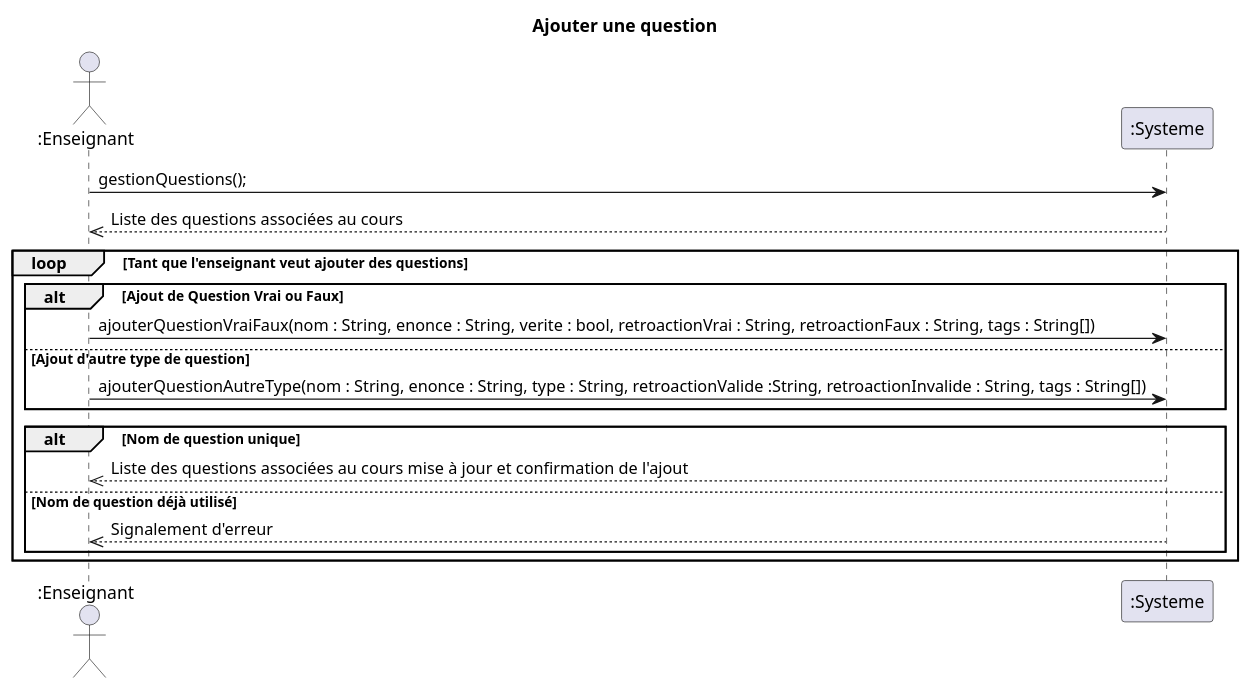
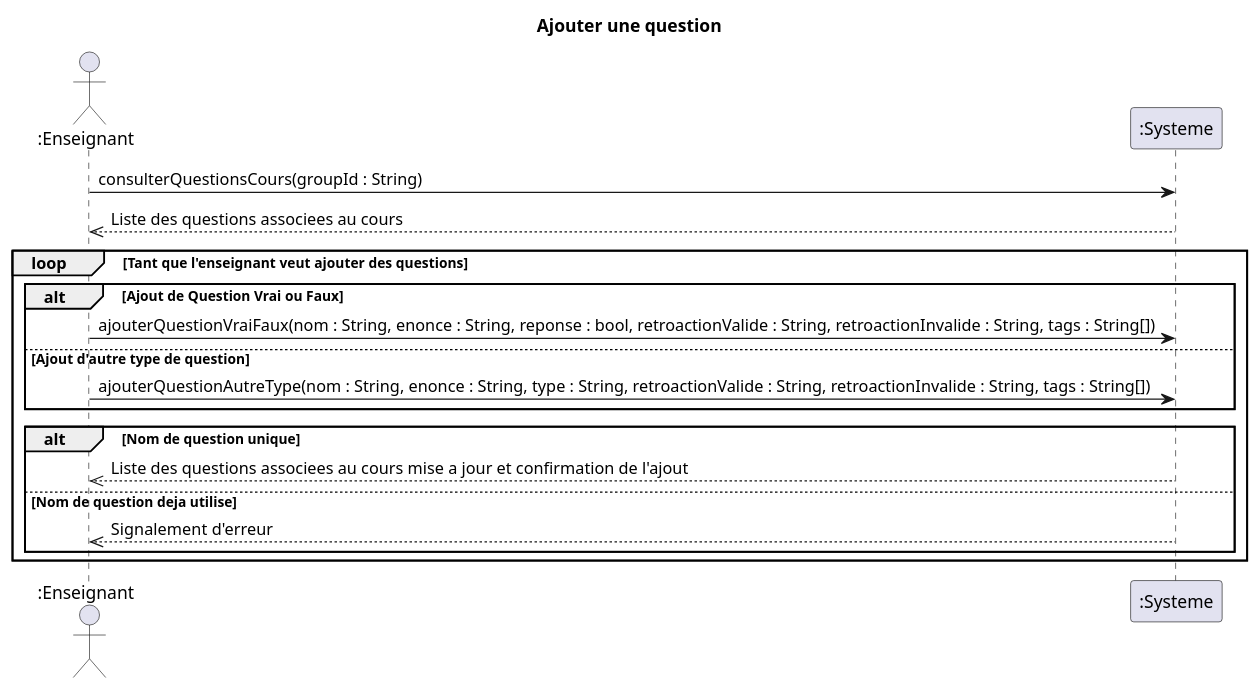
The diagram in docs/modeles/cu02/dss-ajouter-question.puml (xMrYahya/moodle-clone), drawn with PlantUML before and after one commit. The commit also changed 2 other files, not shown here.

Commit message:
Correction des diagrammes

```diff
--- a/docs/modeles/cu02/dss-ajouter-question.puml
+++ b/docs/modeles/cu02/dss-ajouter-question.puml
@@ -1,22 +1,22 @@
 @startuml
 title Ajouter une question
 actor ":Enseignant" as e
 participant ":Systeme" as s
 ' Ajout des Pre conditions ici si nécessaire
-e->s : gestionQuestions();
-s-->>e : Liste des questions associées au cours
+e->s : consulterQuestionsCours(groupId : String)
+s-->>e : Liste des questions associees au cours
 loop Tant que l'enseignant veut ajouter des questions
 alt Ajout de Question Vrai ou Faux
-e->s : ajouterQuestionVraiFaux(nom : String, enonce : String, verite : bool, retroactionVrai : String, retroactionFaux : String, tags : String[])
+e->s : ajouterQuestionVraiFaux(nom : String, enonce : String, reponse : bool, retroactionValide : String, retroactionInvalide : String, tags : String[])
 else Ajout d'autre type de question
- e->s : ajouterQuestionAutreType(nom : String, enonce : String, type : String, retroactionValide :String, retroactionInvalide : String, tags : String[])
+ e->s : ajouterQuestionAutreType(nom : String, enonce : String, type : String, retroactionValide : String, retroactionInvalide : String, tags : String[])
 end alt
 
 alt Nom de question unique
-    s-->>e : Liste des questions associées au cours mise à jour et confirmation de l'ajout
-else Nom de question déjà utilisé
+    s-->>e : Liste des questions associees au cours mise a jour et confirmation de l'ajout
+else Nom de question deja utilise
     s-->>e : Signalement d'erreur
 end alt
 end loop
 
 @enduml
```
